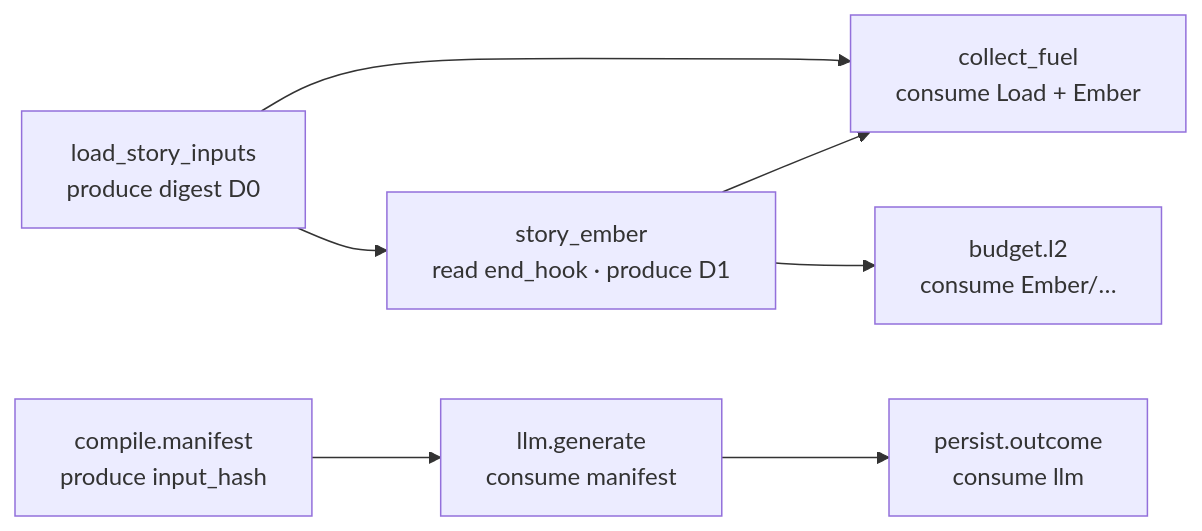
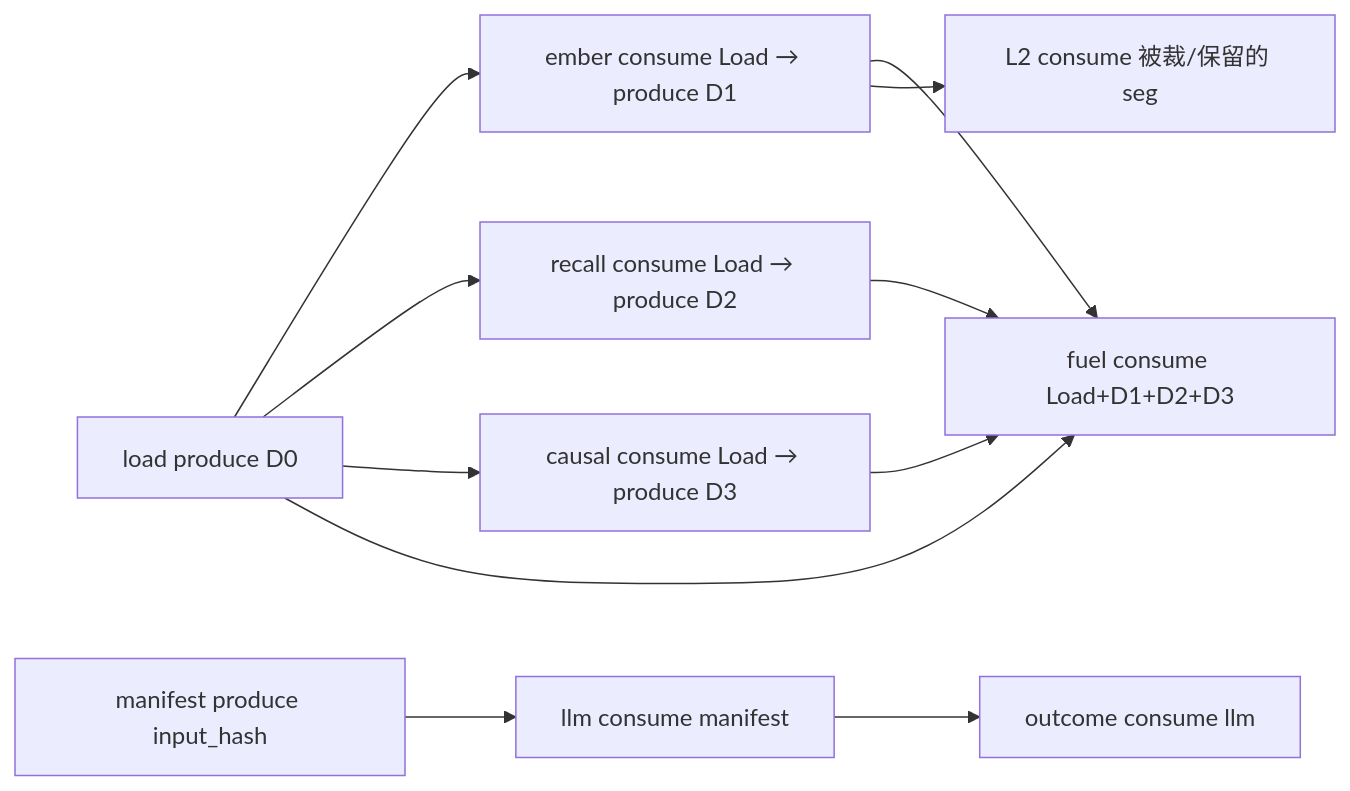
The third of 3 diagrams in docs/plans/2026-08-14-pipeline-analysis-log.md (liuwenpinghaher-commits/scribe-writing-system), drawn with Mermaid before and after one commit. The commit also changed other lines of this file and 196 other files, not shown here.

````diff
--- a/docs/plans/2026-08-14-pipeline-analysis-log.md
+++ b/docs/plans/2026-08-14-pipeline-analysis-log.md
@@ -494,16 +674,18 @@
 ```mermaid
 flowchart LR
-  Load["load_story_inputs\nproduce digest D0"]
-  Ember["story_ember\nread end_hook · produce D1"]
-  Fuel["collect_fuel\nconsume Load + Ember"]
-  L2["budget.l2\nconsume Ember/…"]
-  Man["compile.manifest\nproduce input_hash"]
-  LLM["llm.generate\nconsume manifest"]
-  Out["persist.outcome\nconsume llm"]
-  Load --> Ember
+  Load["load produce D0"]
+  Ember["ember consume Load → produce D1"]
+  Rec["recall consume Load → produce D2"]
+  Cau["causal consume Load → produce D3"]
+  Fuel["fuel consume Load+D1+D2+D3"]
+  L2["L2 consume 被裁/保留的 seg"]
+  Man["manifest produce input_hash"]
+  LLM["llm consume manifest"]
+  Out["outcome consume llm"]
+  Load --> Ember --> Fuel
+  Load --> Rec --> Fuel
+  Load --> Cau --> Fuel
   Load --> Fuel
-  Ember --> Fuel
   Ember --> L2
-  Man --> LLM
-  LLM --> Out
+  Man --> LLM --> Out
 ```
````
